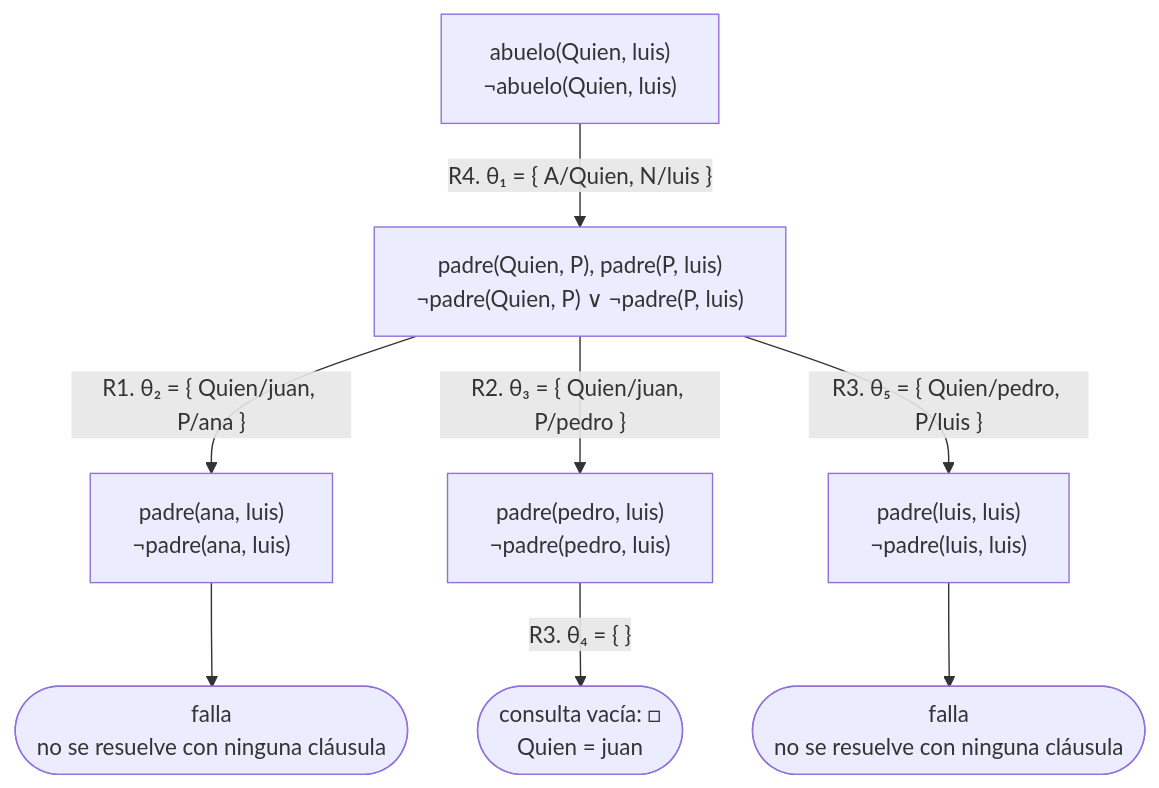
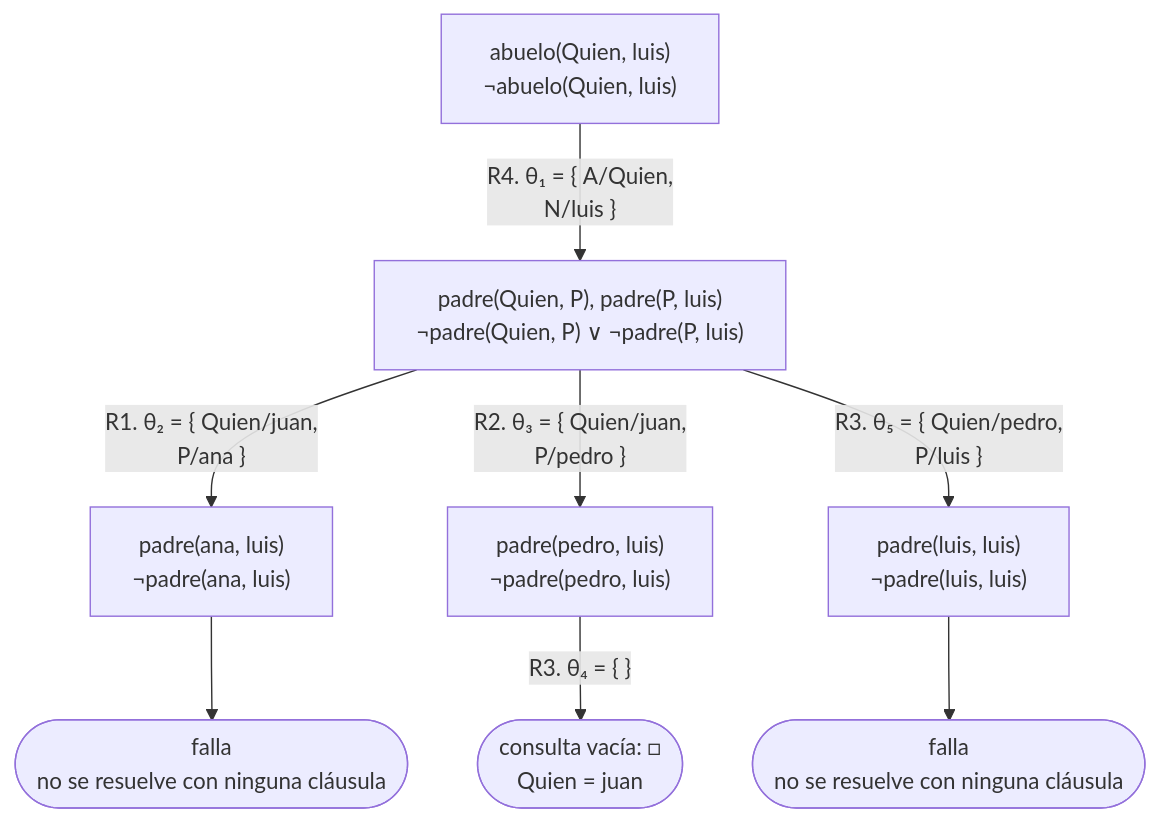
Before and after one commit to CesarBallardini/curso-de-prolog: the first of 6 diagrams in docs/capitulo-13-prolog-y-la-logica/soluciones.md, drawn with Mermaid. The commit also changed other lines of this file and 24 other files, not shown here.

First line of the commit message:
feat(docs): botones para ocultar las columnas laterales y etiquetas cortas en los diagramas

````diff
--- a/docs/capitulo-13-prolog-y-la-logica/soluciones.md
+++ b/docs/capitulo-13-prolog-y-la-logica/soluciones.md
@@ -454,11 +454,11 @@
 ```mermaid
 %%{init: {"flowchart": {"wrappingWidth": 320}}}%%
 flowchart TD
-    A["abuelo(Quien, luis)<br/>¬abuelo(Quien, luis)"] -- "R4. θ₁ = {&nbsp;A/Quien, N/luis&nbsp;}" --> B["padre(Quien, P), padre(P, luis)<br/>¬padre(Quien, P) ∨ ¬padre(P, luis)"]
-    B -- "R1. θ₂ = {&nbsp;Quien/juan, P/ana&nbsp;}" --> C["padre(ana, luis)<br/>¬padre(ana, luis)"]
-    B -- "R2. θ₃ = {&nbsp;Quien/juan, P/pedro&nbsp;}" --> D["padre(pedro, luis)<br/>¬padre(pedro, luis)"]
-    B -- "R3. θ₅ = {&nbsp;Quien/pedro, P/luis&nbsp;}" --> E["padre(luis, luis)<br/>¬padre(luis, luis)"]
+    A["abuelo(Quien, luis)<br/>¬abuelo(Quien, luis)"] -- "R4. θ₁ = {&nbsp;A/Quien,<br/>N/luis&nbsp;}" --> B["padre(Quien, P), padre(P, luis)<br/>¬padre(Quien, P) ∨ ¬padre(P, luis)"]
+    B -- "R1. θ₂ = {&nbsp;Quien/juan,<br/>P/ana&nbsp;}" --> C["padre(ana, luis)<br/>¬padre(ana, luis)"]
+    B -- "R2. θ₃ = {&nbsp;Quien/juan,<br/>P/pedro&nbsp;}" --> D["padre(pedro, luis)<br/>¬padre(pedro, luis)"]
+    B -- "R3. θ₅ = {&nbsp;Quien/pedro,<br/>P/luis&nbsp;}" --> E["padre(luis, luis)<br/>¬padre(luis, luis)"]
     C --> F(["falla<br/>no se resuelve con ninguna cláusula"])
     D -- "R3. θ₄ = {&nbsp;}" --> G(["consulta vacía: □<br/>Quien = juan"])
     E --> H(["falla<br/>no se resuelve con ninguna cláusula"])
 ```
````
